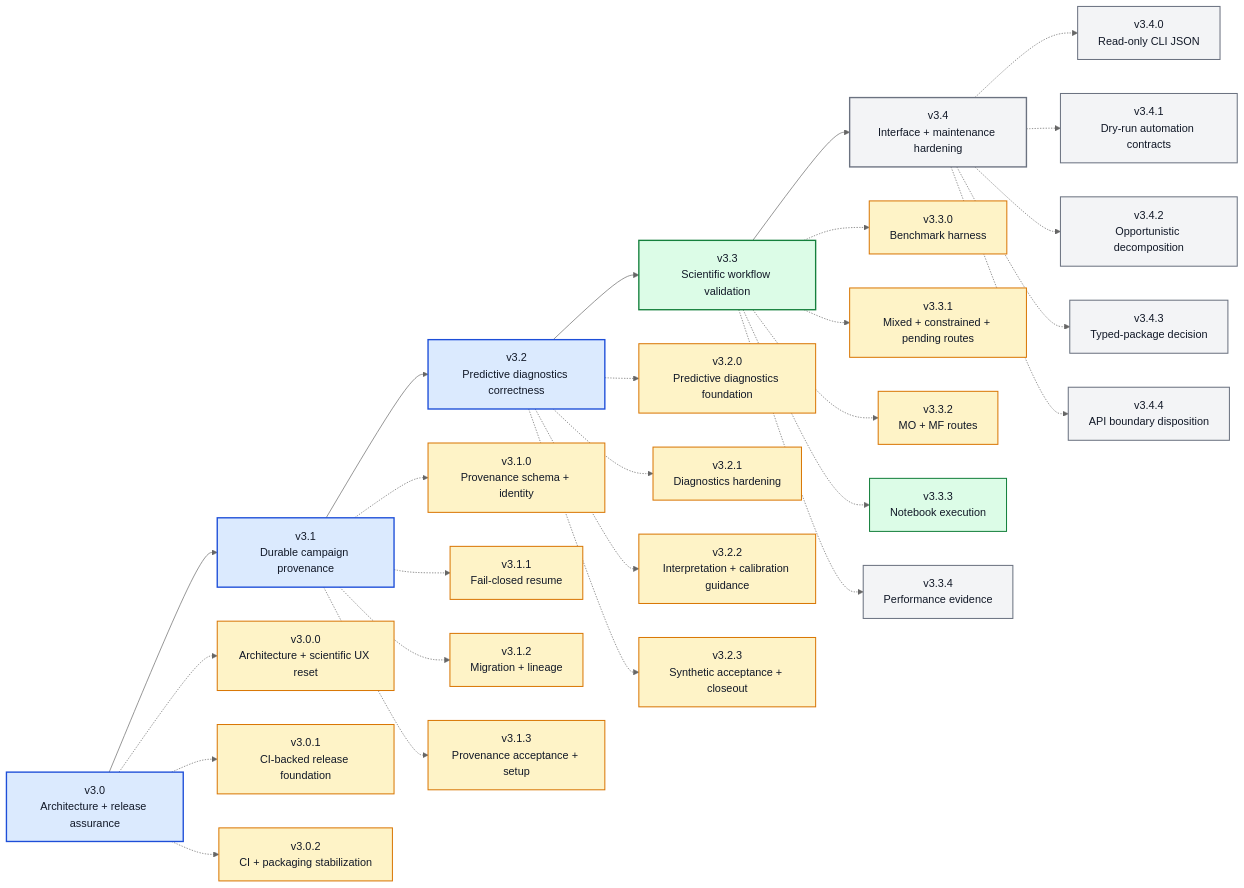
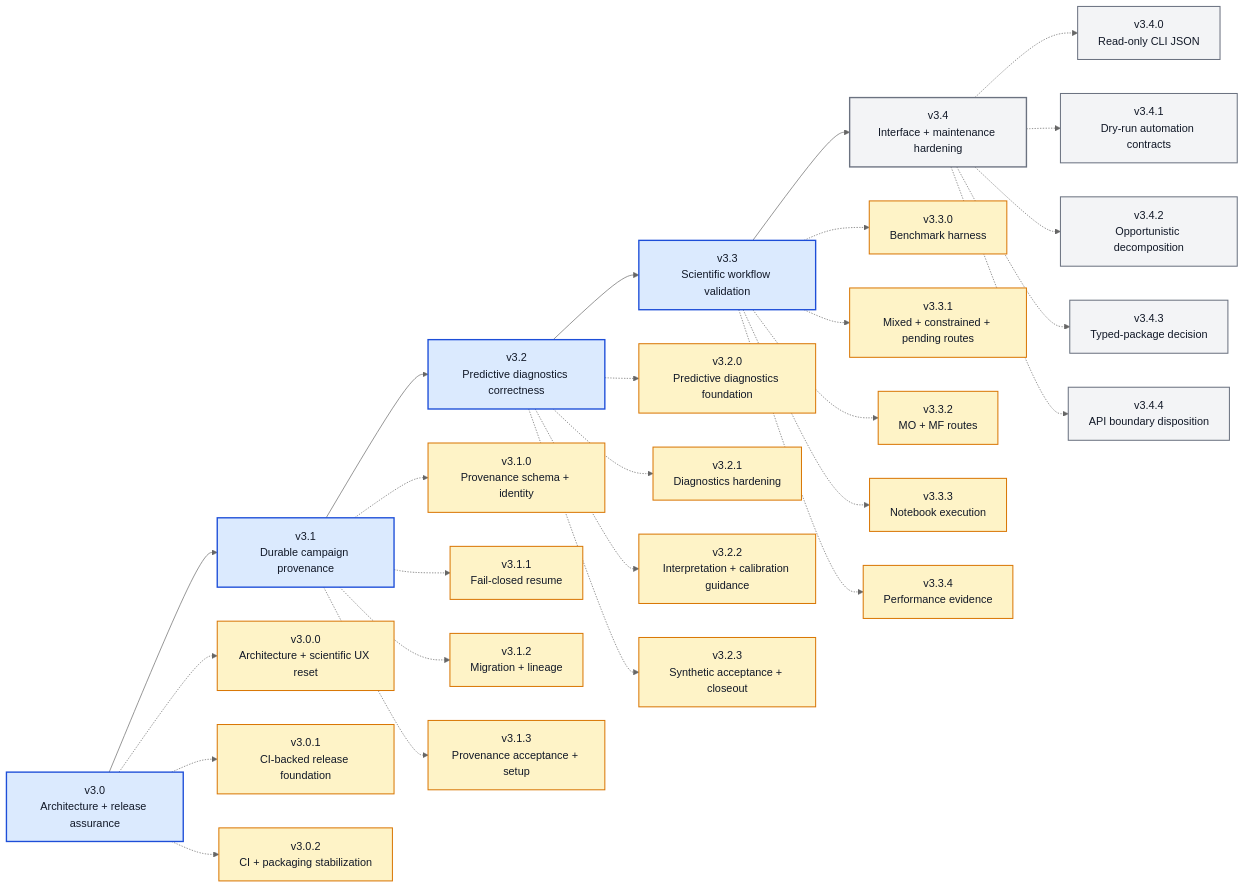
The diagram in ROADMAP_V3_X.md (angzeli/bo-forge), drawn with Mermaid (neutral theme) before and after one commit. The commit also changed other lines of this file and 31 other files, not shown here.

````diff
--- a/ROADMAP_V3_X.md
+++ b/ROADMAP_V3_X.md
@@ -24,65 +32,65 @@
 ```mermaid
 flowchart LR
     v30["v3.0<br/>Architecture + release assurance"] --> v31["v3.1<br/>Durable campaign provenance"] --> v32["v3.2<br/>Predictive diagnostics correctness"] --> v33["v3.3<br/>Scientific workflow validation"] --> v34["v3.4<br/>Interface + maintenance hardening"]
 
     v300["v3.0.0<br/>Architecture + scientific UX reset"]
     v301["v3.0.1<br/>CI-backed release foundation"]
     v302["v3.0.2<br/>CI + packaging stabilization"]
     v310["v3.1.0<br/>Provenance schema + identity"]
     v311["v3.1.1<br/>Fail-closed resume"]
     v312["v3.1.2<br/>Migration + lineage"]
     v313["v3.1.3<br/>Provenance acceptance + setup"]
     v320["v3.2.0<br/>Predictive diagnostics foundation"]
     v321["v3.2.1<br/>Diagnostics hardening"]
     v322["v3.2.2<br/>Interpretation + calibration guidance"]
     v323["v3.2.3<br/>Synthetic acceptance + closeout"]
     v330["v3.3.0<br/>Benchmark harness"]
     v331["v3.3.1<br/>Mixed + constrained + pending routes"]
     v332["v3.3.2<br/>MO + MF routes"]
     v333["v3.3.3<br/>Notebook execution"]
     v334["v3.3.4<br/>Performance evidence"]
     v340["v3.4.0<br/>Read-only CLI JSON"]
     v341["v3.4.1<br/>Dry-run automation contracts"]
     v342["v3.4.2<br/>Opportunistic decomposition"]
     v343["v3.4.3<br/>Typed-package decision"]
     v344["v3.4.4<br/>API boundary disposition"]
 
     v30 -.-> v300
     v30 -.-> v301
     v30 -.-> v302
     v31 -.-> v310
     v31 -.-> v311
     v31 -.-> v312
     v31 -.-> v313
     v32 -.-> v320
     v32 -.-> v321
     v32 -.-> v322
     v32 -.-> v323
     v33 -.-> v330
     v33 -.-> v331
     v33 -.-> v332
     v33 -.-> v333
     v33 -.-> v334
     v34 -.-> v340
     v34 -.-> v341
     v34 -.-> v342
     v34 -.-> v343
     v34 -.-> v344
 
     class v30,v31,v32 majorDone
-    class v33 majorActive
+    class v33 majorDone
     class v34 majorFuture
     class v300,v301,v302 patchDone
     class v310,v311,v312,v313 patchDone
     class v320,v321,v322,v323 patchDone
-    class v330,v331,v332 patchDone
-    class v333 patchActive
-    class v334,v340,v341,v342,v343,v344 patchFuture
+    class v330,v331,v332,v333 patchDone
+    class v334 patchDone
+    class v340,v341,v342,v343,v344 patchFuture
 
     classDef majorDone fill:#dbeafe,stroke:#1d4ed8,stroke-width:2px,color:#111827;
     classDef majorActive fill:#dcfce7,stroke:#15803d,stroke-width:2px,color:#111827;
     classDef majorFuture fill:#f3f4f6,stroke:#6b7280,stroke-width:2px,color:#111827;
     classDef patchDone fill:#fef3c7,stroke:#d97706,stroke-width:1.5px,color:#111827;
     classDef patchActive fill:#dcfce7,stroke:#15803d,stroke-width:1.5px,color:#111827;
     classDef patchFuture fill:#f3f4f6,stroke:#6b7280,stroke-width:1.5px,color:#111827;
 ```
````
